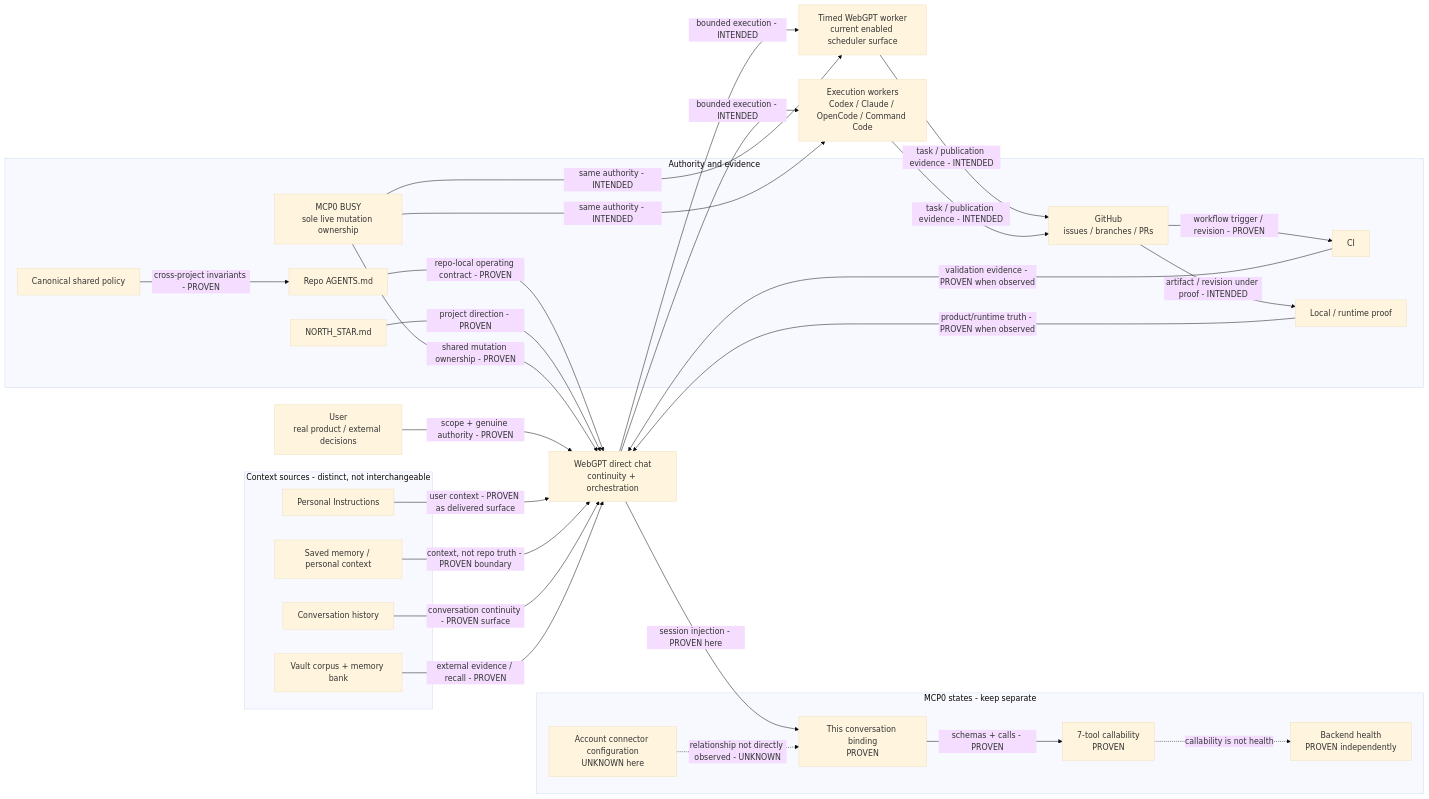
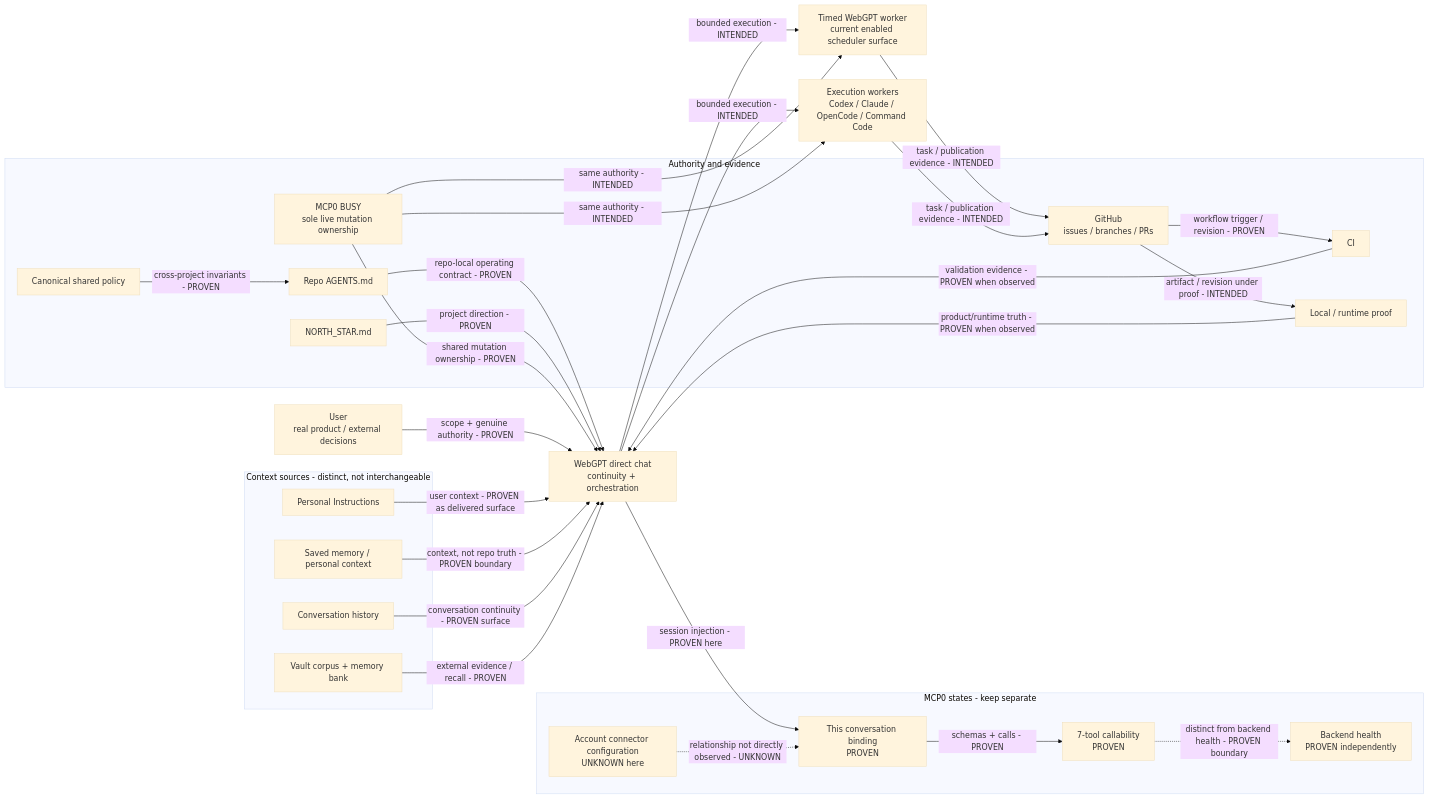
The diagram in docs/assistant-stack-architecture.mmd (organicoverlords/regression-research), drawn with Mermaid (base theme) before and after one commit. The commit also changed 2 other files, not shown here.

Commit message:
docs: label final issue155 architecture edge

```diff
--- a/docs/assistant-stack-architecture.mmd
+++ b/docs/assistant-stack-architecture.mmd
@@ -1,56 +1,56 @@
 flowchart LR
   U["User\nreal product / external decisions"]
   W["WebGPT direct chat\ncontinuity + orchestration"]
   T["Timed WebGPT worker\ncurrent enabled scheduler surface"]
   X["Execution workers\nCodex / Claude / OpenCode / Command Code"]
 
   subgraph CTX["Context sources - distinct, not interchangeable"]
     PI["Personal Instructions"]
     MEM["Saved memory / personal context"]
     HIST["Conversation history"]
     V["Vault corpus + memory bank"]
   end
 
   subgraph AUTH["Authority and evidence"]
     SP["Canonical shared policy"]
     AG["Repo AGENTS.md"]
     NS["NORTH_STAR.md"]
     BUSY["MCP0 BUSY\nsole live mutation ownership"]
     GH["GitHub\nissues / branches / PRs"]
     CI["CI"]
     RT["Local / runtime proof"]
   end
 
   subgraph MCP["MCP0 states - keep separate"]
     ACCT["Account connector configuration\nUNKNOWN here"]
     BIND["This conversation binding\nPROVEN"]
     CALL["7-tool callability\nPROVEN"]
     HEALTH["Backend health\nPROVEN independently"]
   end
 
   U -- "scope + genuine authority - PROVEN" --> W
   PI -- "user context - PROVEN as delivered surface" --> W
   MEM -- "context, not repo truth - PROVEN boundary" --> W
   HIST -- "conversation continuity - PROVEN surface" --> W
   V -- "external evidence / recall - PROVEN" --> W
 
   W -- "bounded execution - INTENDED" --> T
   W -- "bounded execution - INTENDED" --> X
   SP -- "cross-project invariants - PROVEN" --> AG
   AG -- "repo-local operating contract - PROVEN" --> W
   NS -- "project direction - PROVEN" --> W
   BUSY -- "shared mutation ownership - PROVEN" --> W
   BUSY -- "same authority - INTENDED" --> T
   BUSY -- "same authority - INTENDED" --> X
 
   W -- "session injection - PROVEN here" --> BIND
   ACCT -. "relationship not directly observed - UNKNOWN" .-> BIND
   BIND -- "schemas + calls - PROVEN" --> CALL
-  CALL -. "callability is not health" .-> HEALTH
+  CALL -. "distinct from backend health - PROVEN boundary" .-> HEALTH
 
   T -- "task / publication evidence - INTENDED" --> GH
   X -- "task / publication evidence - INTENDED" --> GH
   GH -- "workflow trigger / revision - PROVEN" --> CI
   GH -- "artifact / revision under proof - INTENDED" --> RT
   CI -- "validation evidence - PROVEN when observed" --> W
   RT -- "product/runtime truth - PROVEN when observed" --> W
```
